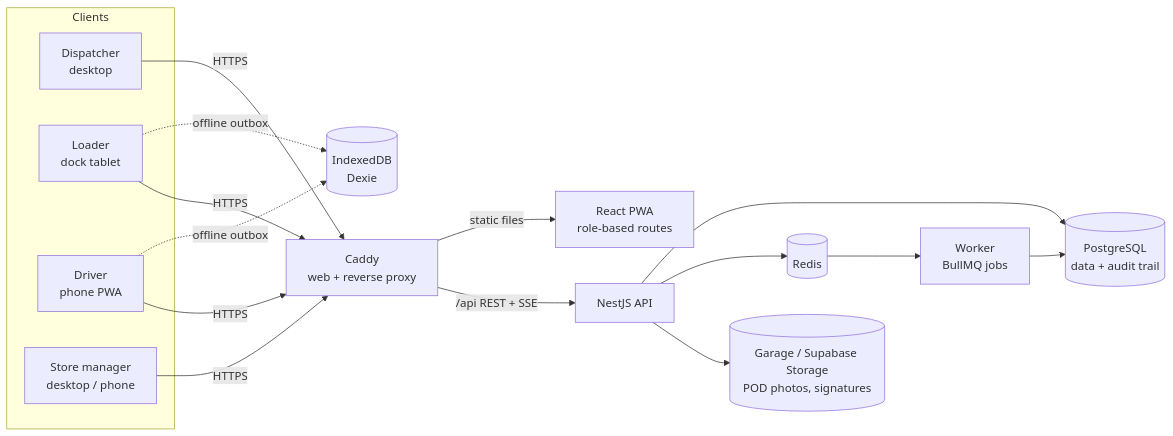
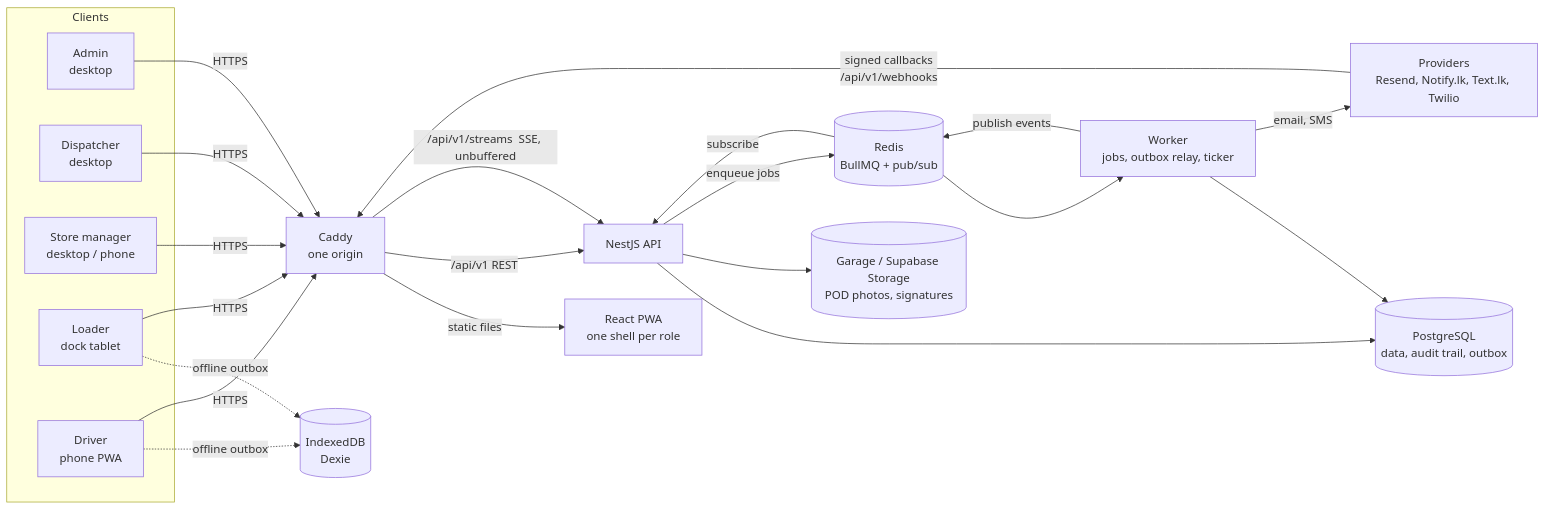
The first of 4 diagrams in docs/architecture.md (tiharagrrr/root4us_WaypointCompass), drawn with Mermaid before and after one commit. The commit also changed other lines of this file and 7 other files, not shown here.

First line of the commit message:
docs(repo): architecture, decisions and tool disclosure for submission

````diff
--- a/docs/architecture.md
+++ b/docs/architecture.md
@@ -7,22 +7,29 @@
 ```mermaid
 flowchart LR
   subgraph Clients
+    A[Admin<br/>desktop]
     D[Dispatcher<br/>desktop]
+    SM[Store manager<br/>desktop / phone]
     L[Loader<br/>dock tablet]
     DR[Driver<br/>phone PWA]
-    SM[Store manager<br/>desktop / phone]
   end
 
   DR -. offline outbox .-> IDB[(IndexedDB<br/>Dexie)]
   L -. offline outbox .-> IDB
 
-  D & L & DR & SM -->|HTTPS| C[Caddy<br/>web + reverse proxy]
-  C -->|static files| SPA[React PWA<br/>role-based routes]
-  C -->|/api  REST + SSE| API[NestJS API]
+  A & D & SM & L & DR -->|HTTPS| C[Caddy<br/>one origin]
+  C -->|static files| SPA[React PWA<br/>one shell per role]
+  C -->|/api/v1  REST| API[NestJS API]
+  C -->|/api/v1/streams  SSE, unbuffered| API
 
-  API --> PG[(PostgreSQL<br/>data + audit trail)]
-  API --> R[(Redis)]
+  API --> PG[(PostgreSQL<br/>data, audit trail, outbox)]
   API --> S3[(Garage / Supabase Storage<br/>POD photos, signatures)]
-  R --> W[Worker<br/>BullMQ jobs]
+  API -->|enqueue jobs| R[(Redis<br/>BullMQ + pub/sub)]
+  R --> W[Worker<br/>jobs, outbox relay, ticker]
   W --> PG
+  W -->|publish events| R
+  R -->|subscribe| API
+
+  W -->|email, SMS| P[Providers<br/>Resend, Notify.lk, Text.lk, Twilio]
+  P -->|signed callbacks<br/>/api/v1/webhooks| C
 ```
````
